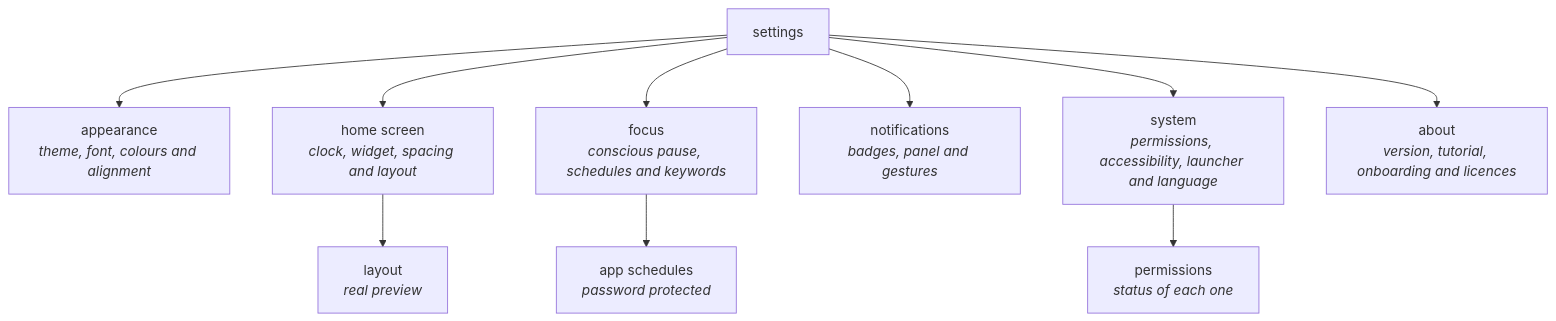
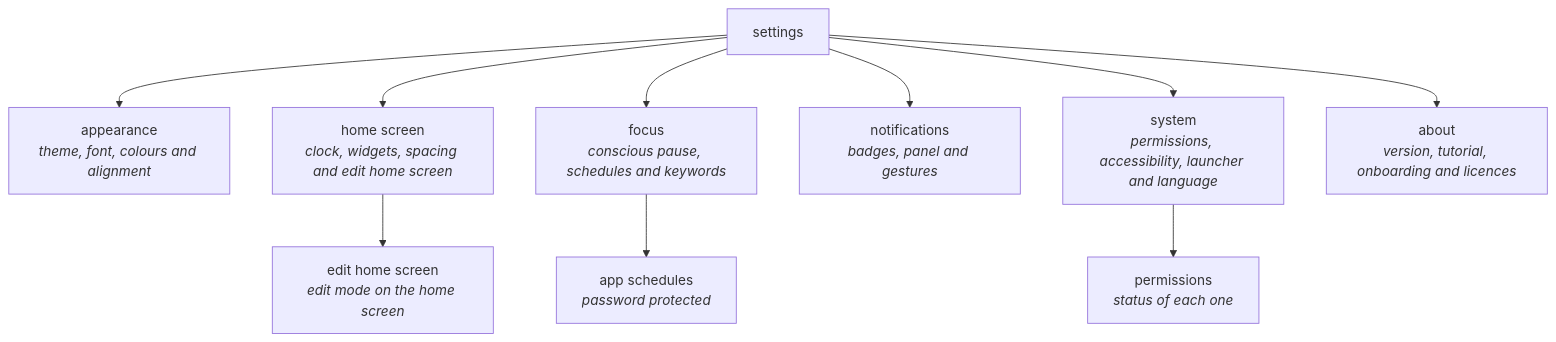
One commit to rezzt-dev/focusphone-app changed the diagram in documentation/en/users/10-settings-reference.md. Above: the diagram before and after it, drawn with Mermaid. The commit also changed other lines of this file and 42 other files, not shown here.

````diff
--- a/documentation/en/users/10-settings-reference.md
+++ b/documentation/en/users/10-settings-reference.md
@@ -16,14 +16,14 @@
 ```mermaid
 flowchart TD
     S["settings"]
     S --> A["appearance<br><i>theme, font, colours and alignment</i>"]
-    S --> B["home screen<br><i>clock, widget, spacing and layout</i>"]
+    S --> B["home screen<br><i>clock, widgets, spacing and edit home screen</i>"]
     S --> C["focus<br><i>conscious pause, schedules and keywords</i>"]
     S --> D["notifications<br><i>badges, panel and gestures</i>"]
     S --> E["system<br><i>permissions, accessibility, launcher and language</i>"]
     S --> F["about<br><i>version, tutorial, onboarding and licences</i>"]
 
-    B --> B1["layout<br><i>real preview</i>"]
+    B --> B1["edit home screen<br><i>edit mode on the home screen</i>"]
     C --> C1["app schedules<br><i>password protected</i>"]
     E --> E1["permissions<br><i>status of each one</i>"]
 ```
````
